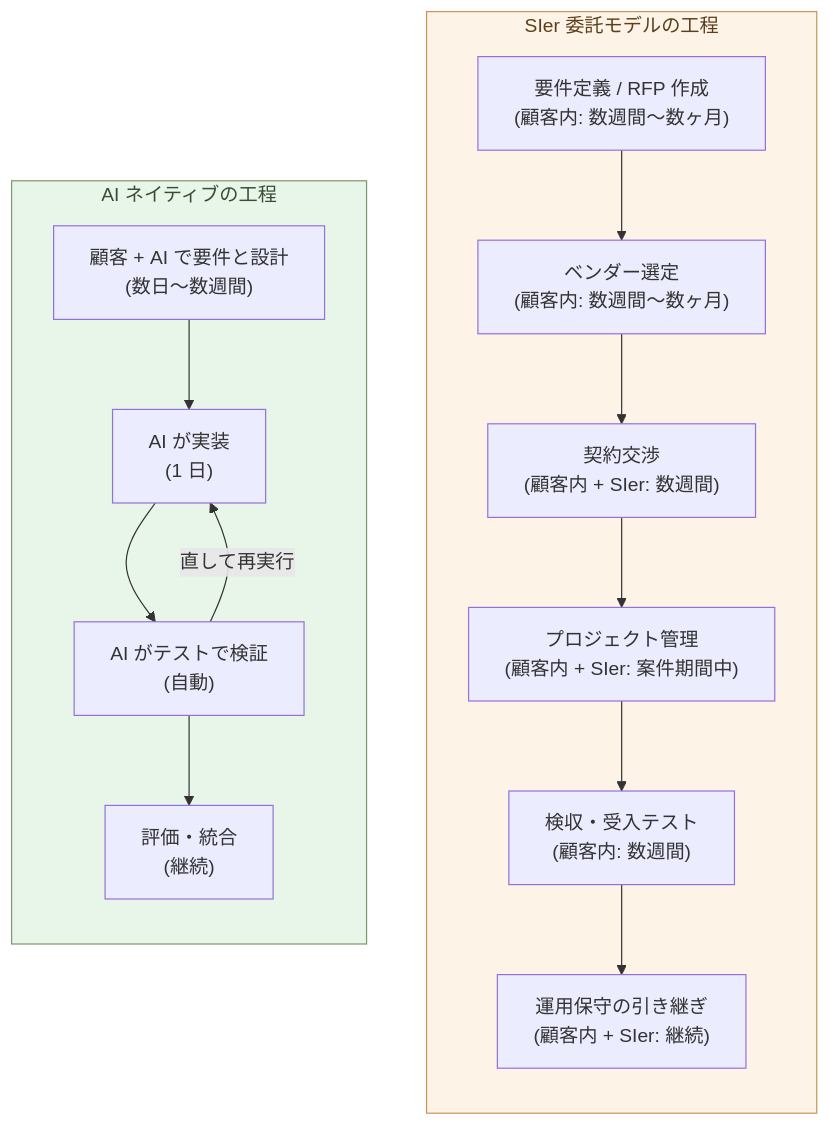
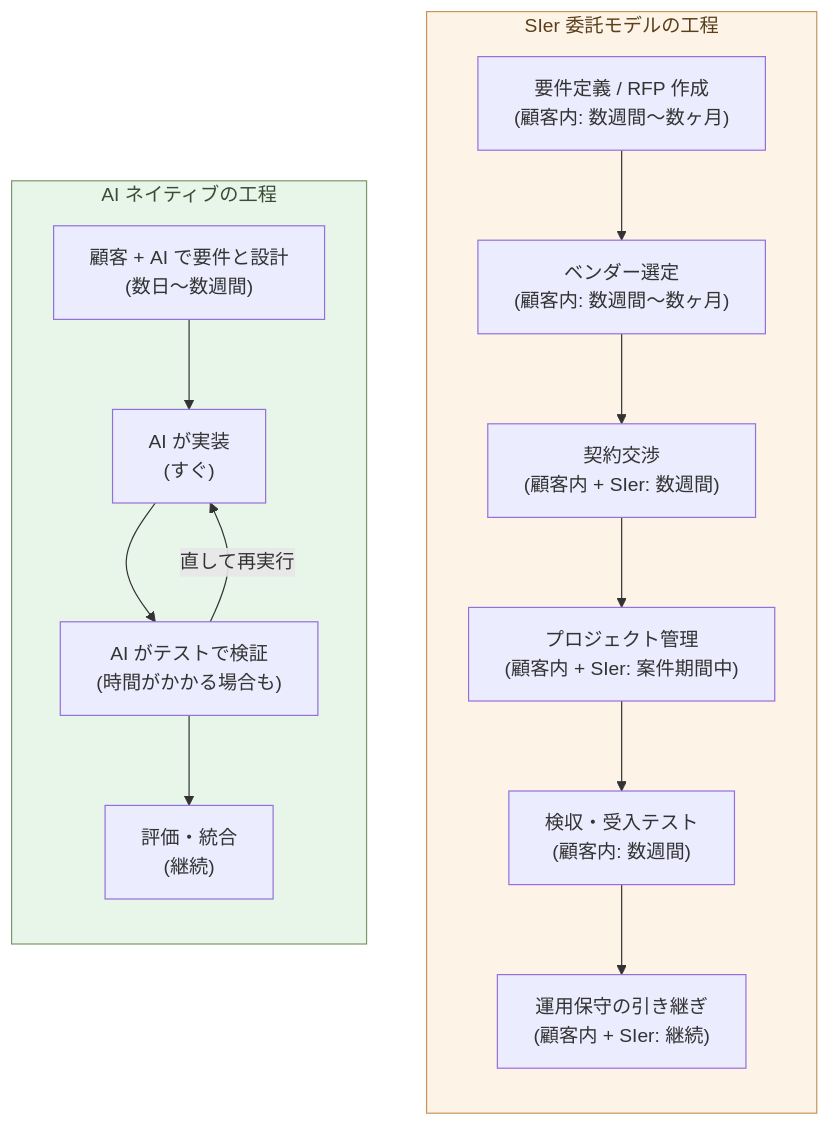
One commit to aiseed-dev/website changed the diagram in articles/ai-native-ways/software/18-sier-uneconomic/ja.md. Above: the diagram before and after it, drawn with Mermaid. The commit also changed other lines of this file and 1 other file, not shown here.

````diff
--- a/articles/ai-native-ways/software/18-sier-uneconomic/ja.md
+++ b/articles/ai-native-ways/software/18-sier-uneconomic/ja.md
@@ -69,28 +70,28 @@
 ```mermaid
 flowchart TB
   subgraph Sier["SIer 委託モデルの工程"]
     direction TB
     S1["要件定義 / RFP 作成<br/>(顧客内: 数週間〜数ヶ月)"]
     S2["ベンダー選定<br/>(顧客内: 数週間〜数ヶ月)"]
     S3["契約交渉<br/>(顧客内 + SIer: 数週間)"]
     S4["プロジェクト管理<br/>(顧客内 + SIer: 案件期間中)"]
     S5["検収・受入テスト<br/>(顧客内: 数週間)"]
     S6["運用保守の引き継ぎ<br/>(顧客内 + SIer: 継続)"]
     S1 --> S2 --> S3 --> S4 --> S5 --> S6
   end
 
   subgraph AI["AI ネイティブの工程"]
     direction TB
     A1["顧客 + AI で要件と設計<br/>(数日〜数週間)"]
-    A2["AI が実装<br/>(1 日)"]
-    A3["AI がテストで検証<br/>(自動)"]
+    A2["AI が実装<br/>(すぐ)"]
+    A3["AI がテストで検証<br/>(時間がかかる場合も)"]
     A4["評価・統合<br/>(継続)"]
     A1 --> A2 --> A3 --> A4
     A3 -->|直して再実行| A2
   end
 
   classDef good fill:#e8f5e9,stroke:#7a9a6d,color:#3a4d34
   classDef bad fill:#fef3e7,stroke:#c89559,color:#5a3f1a
   class AI good
   class Sier bad
 ```
````
